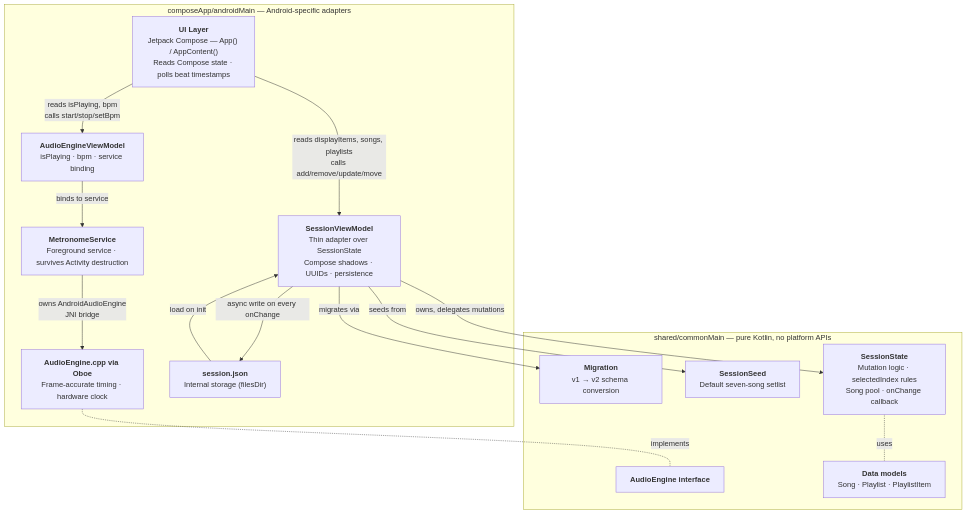
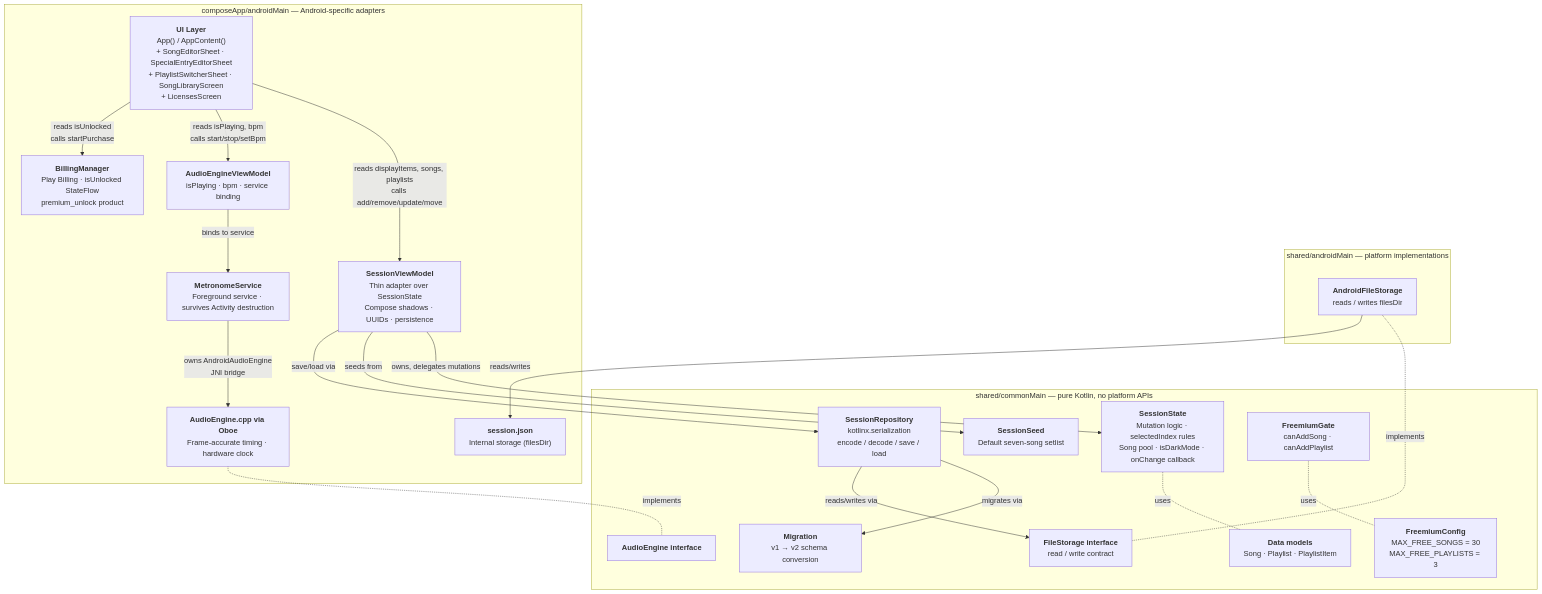
The first of 4 diagrams in docs/android/sessionclick-architecture.md (musicapps-kek/musicapps-kb), drawn with Mermaid before and after one commit. The commit also changed other lines of this file and 4 other files, not shown here.

````diff
--- a/docs/android/sessionclick-architecture.md
+++ b/docs/android/sessionclick-architecture.md
@@ -11,31 +25,44 @@
 ```mermaid
 graph TD
     subgraph Shared["shared/commonMain — pure Kotlin, no platform APIs"]
         MODELS["<b>Data models</b><br/>Song · Playlist · PlaylistItem"]
-        STATE["<b>SessionState</b><br/>Mutation logic · selectedIndex rules<br/>Song pool · onChange callback"]
+        STATE["<b>SessionState</b><br/>Mutation logic · selectedIndex rules<br/>Song pool · isDarkMode · onChange callback"]
         SEED["<b>SessionSeed</b><br/>Default seven-song setlist"]
         MIG["<b>Migration</b><br/>v1 → v2 schema conversion"]
+        REPO["<b>SessionRepository</b><br/>kotlinx.serialization<br/>encode / decode / save / load"]
+        FSINT["<b>FileStorage interface</b><br/>read / write contract"]
+        FREECONF["<b>FreemiumConfig</b><br/>MAX_FREE_SONGS = 30<br/>MAX_FREE_PLAYLISTS = 3"]
+        FREEGATE["<b>FreemiumGate</b><br/>canAddSong · canAddPlaylist"]
         ENG["<b>AudioEngine interface</b>"]
     end
 
+    subgraph SharedAndroid["shared/androidMain — platform implementations"]
+        FSAND["<b>AndroidFileStorage</b><br/>reads / writes filesDir"]
+    end
+
     subgraph Android["composeApp/androidMain — Android-specific adapters"]
-        UI["<b>UI Layer</b><br/>Jetpack Compose — App() / AppContent()<br/>Reads Compose state · polls beat timestamps"]
+        UI["<b>UI Layer</b><br/>App() / AppContent()<br/>+ SongEditorSheet · SpecialEntryEditorSheet<br/>+ PlaylistSwitcherSheet · SongLibraryScreen<br/>+ LicensesScreen"]
         SVM["<b>SessionViewModel</b><br/>Thin adapter over SessionState<br/>Compose shadows · UUIDs · persistence"]
         AVM["<b>AudioEngineViewModel</b><br/>isPlaying · bpm · service binding"]
+        BILLING["<b>BillingManager</b><br/>Play Billing · isUnlocked StateFlow<br/>premium_unlock product"]
         SVC["<b>MetronomeService</b><br/>Foreground service · survives Activity destruction"]
         NAT["<b>AudioEngine.cpp via Oboe</b><br/>Frame-accurate timing · hardware clock"]
         FILE["<b>session.json</b><br/>Internal storage (filesDir)"]
     end
 
     SVM -->|"owns, delegates mutations"| STATE
     SVM -->|"seeds from"| SEED
-    SVM -->|"migrates via"| MIG
+    SVM -->|"save/load via"| REPO
+    REPO -->|"migrates via"| MIG
+    REPO -->|"reads/writes via"| FSINT
+    FSAND -.implements.- FSINT
+    FSAND -->|"reads/writes"| FILE
     STATE -.uses.- MODELS
+    FREEGATE -.uses.- FREECONF
     UI -->|"reads displayItems, songs, playlists<br/>calls add/remove/update/move"| SVM
     UI -->|"reads isPlaying, bpm<br/>calls start/stop/setBpm"| AVM
+    UI -->|"reads isUnlocked<br/>calls startPurchase"| BILLING
     AVM -->|"binds to service"| SVC
     SVC -->|"owns AndroidAudioEngine<br/>JNI bridge"| NAT
     NAT -.implements.- ENG
-    SVM -->|"async write on every onChange"| FILE
-    FILE -->|"load on init"| SVM
 ```
````
